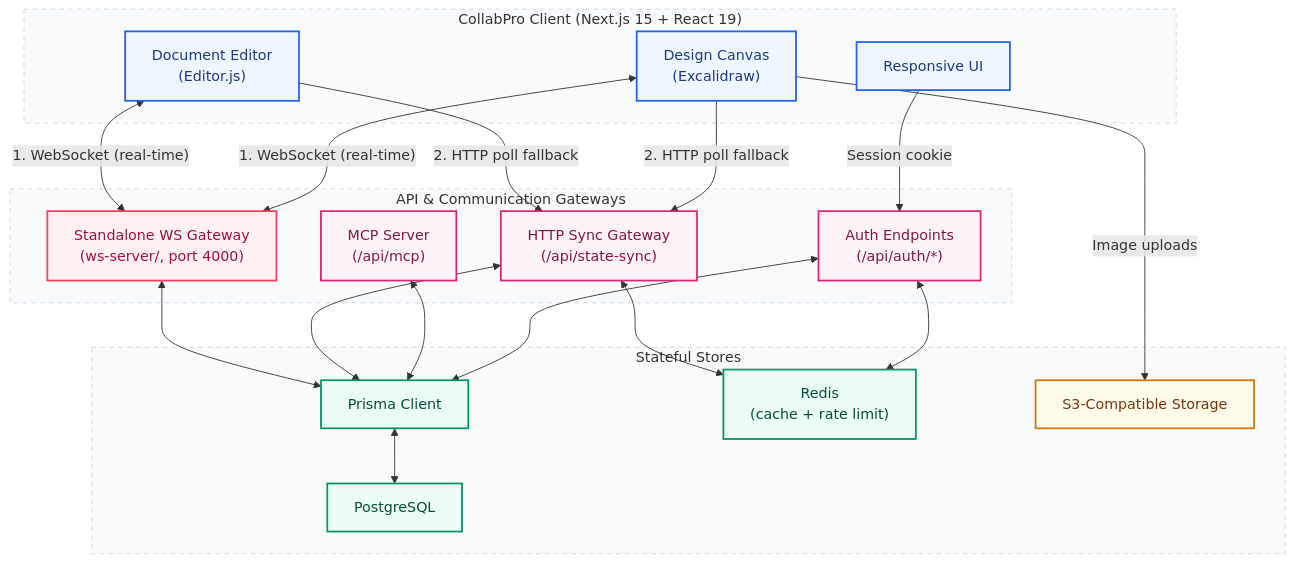
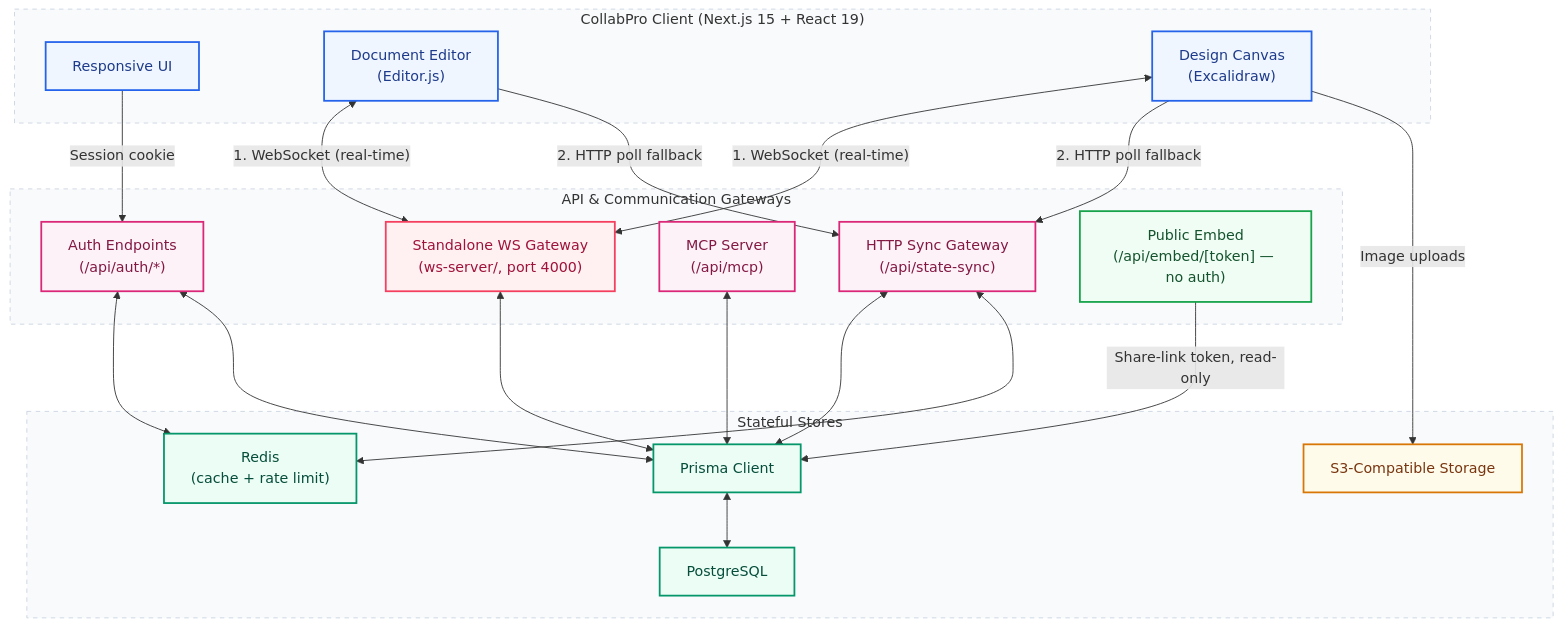
The diagram in README.md (manish-9245/collabpro), drawn with Mermaid before and after one commit. The commit also changed other lines of this file and 3 other files, not shown here.

First line of the commit message:
docs: sync README/architecture/MCP docs with everything since v3.1.0

````diff
--- a/README.md
+++ b/README.md
@@ -60,48 +74,51 @@
 ```mermaid
 graph TD
     classDef client fill:#eff6ff,stroke:#2563eb,stroke-width:2px,color:#1e3a8a;
     classDef engine fill:#faf5ff,stroke:#7c3aed,stroke-width:2px,color:#4c1d95;
     classDef server fill:#fdf2f8,stroke:#db2777,stroke-width:2px,color:#831843;
     classDef ws fill:#fff1f2,stroke:#f43f5e,stroke-width:2px,color:#9f1239;
     classDef db fill:#ecfdf5,stroke:#059669,stroke-width:2px,color:#064e3b;
     classDef storage fill:#fffbeb,stroke:#d97706,stroke-width:2px,color:#78350f;
+    classDef public fill:#f0fdf4,stroke:#16a34a,stroke-width:2px,color:#14532d;
 
     subgraph ClientLayer ["CollabPro Client (Next.js 15 + React 19)"]
         UI["Responsive UI"]:::client
         EditorComponent["Document Editor<br/>(Editor.js)"]:::client
         CanvasComponent["Design Canvas<br/>(Excalidraw)"]:::client
     end
 
     subgraph GatewayLayer ["API & Communication Gateways"]
         AuthAPI["Auth Endpoints<br/>(/api/auth/*)"]:::server
         SyncAPI["HTTP Sync Gateway<br/>(/api/state-sync)"]:::server
         McpAPI["MCP Server<br/>(/api/mcp)"]:::server
         WSGateway["Standalone WS Gateway<br/>(ws-server/, port 4000)"]:::ws
+        EmbedAPI["Public Embed<br/>(/api/embed/[token] — no auth)"]:::public
     end
 
     subgraph DataLayer ["Stateful Stores"]
         PrismaORM["Prisma Client"]:::db
         PostgresDB["PostgreSQL"]:::db
         RedisStore["Redis<br/>(cache + rate limit)"]:::db
         S3Store["S3-Compatible Storage"]:::storage
     end
 
     UI -->|Session cookie| AuthAPI
     EditorComponent <-->|"1. WebSocket (real-time)"| WSGateway
     CanvasComponent <-->|"1. WebSocket (real-time)"| WSGateway
     EditorComponent -->|"2. HTTP poll fallback"| SyncAPI
     CanvasComponent -->|"2. HTTP poll fallback"| SyncAPI
     CanvasComponent -->|Image uploads| S3Store
 
     WSGateway <--> PrismaORM
     SyncAPI <--> PrismaORM
     SyncAPI <--> RedisStore
     AuthAPI <--> RedisStore
     McpAPI <--> PrismaORM
     AuthAPI <--> PrismaORM
+    EmbedAPI -->|Share-link token, read-only| PrismaORM
     PrismaORM <--> PostgresDB
 
     style ClientLayer fill:#f8fafc,stroke:#cbd5e1,stroke-dasharray: 5 5;
     style GatewayLayer fill:#f8fafc,stroke:#cbd5e1,stroke-dasharray: 5 5;
     style DataLayer fill:#f8fafc,stroke:#cbd5e1,stroke-dasharray: 5 5;
 ```
````
